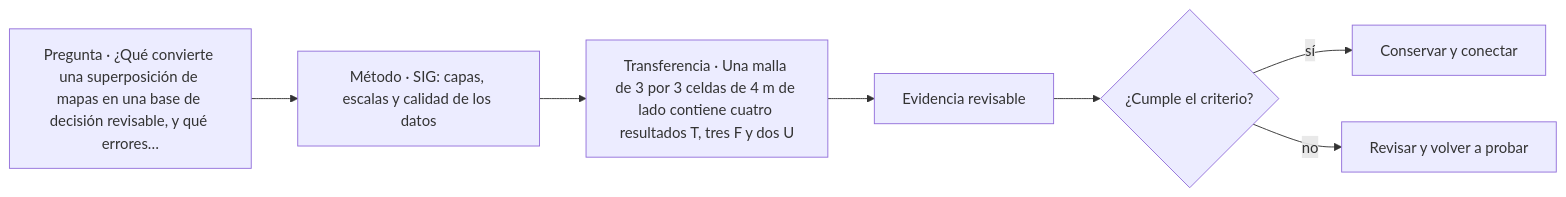
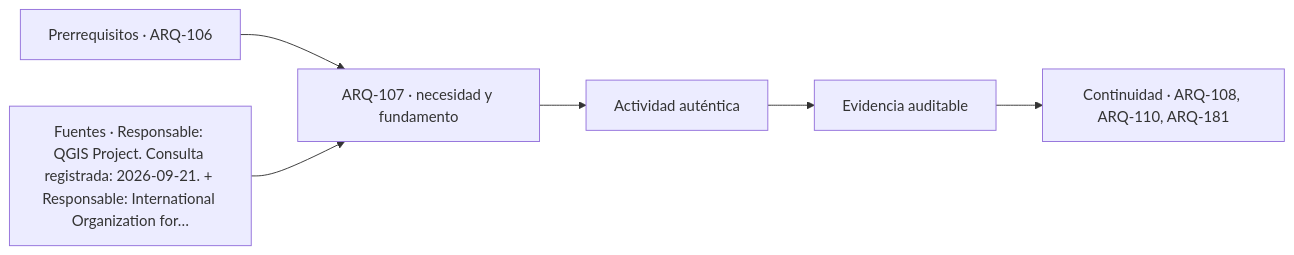
Before and after one commit to vladimiracunadev-create/architecture-built-environment-learning-program: the diagram in classes/parte-11/ARQ-107.md, drawn with Mermaid. The commit also changed other lines of this file and 761 other files, not shown here.

````diff
--- a/classes/parte-11/ARQ-107.md
+++ b/classes/parte-11/ARQ-107.md
@@ -155,9 +167,8 @@
 ```mermaid
 flowchart LR
-    Q["Pregunta · ¿Qué convierte una superposición de mapas en una base de decisión revisable, y qué errores…"] --> M["Método · SIG: capas, escalas y calidad de los datos"]
-    M --> P["Transferencia · Una malla de 3 por 3 celdas de 4 m de lado contiene cuatro resultados T, tres F y dos U"]
-    P --> E["Evidencia revisable"]
-    E --> C{"¿Cumple el criterio?"}
-    C -->|sí| T["Conservar y conectar"]
-    C -->|no| R["Revisar y volver a probar"]
+    A["Prerrequisitos · ARQ-106"] --> B["ARQ-107 · necesidad y fundamento"]
+    S["Fuentes · Responsable: QGIS Project. Consulta registrada: 2026-09-21. + Responsable: International Organization for…"] --> B
+    B --> C["Actividad auténtica"]
+    C --> D["Evidencia auditable"]
+    D --> E["Continuidad · ARQ-108, ARQ-110, ARQ-181"]
 ```
````
